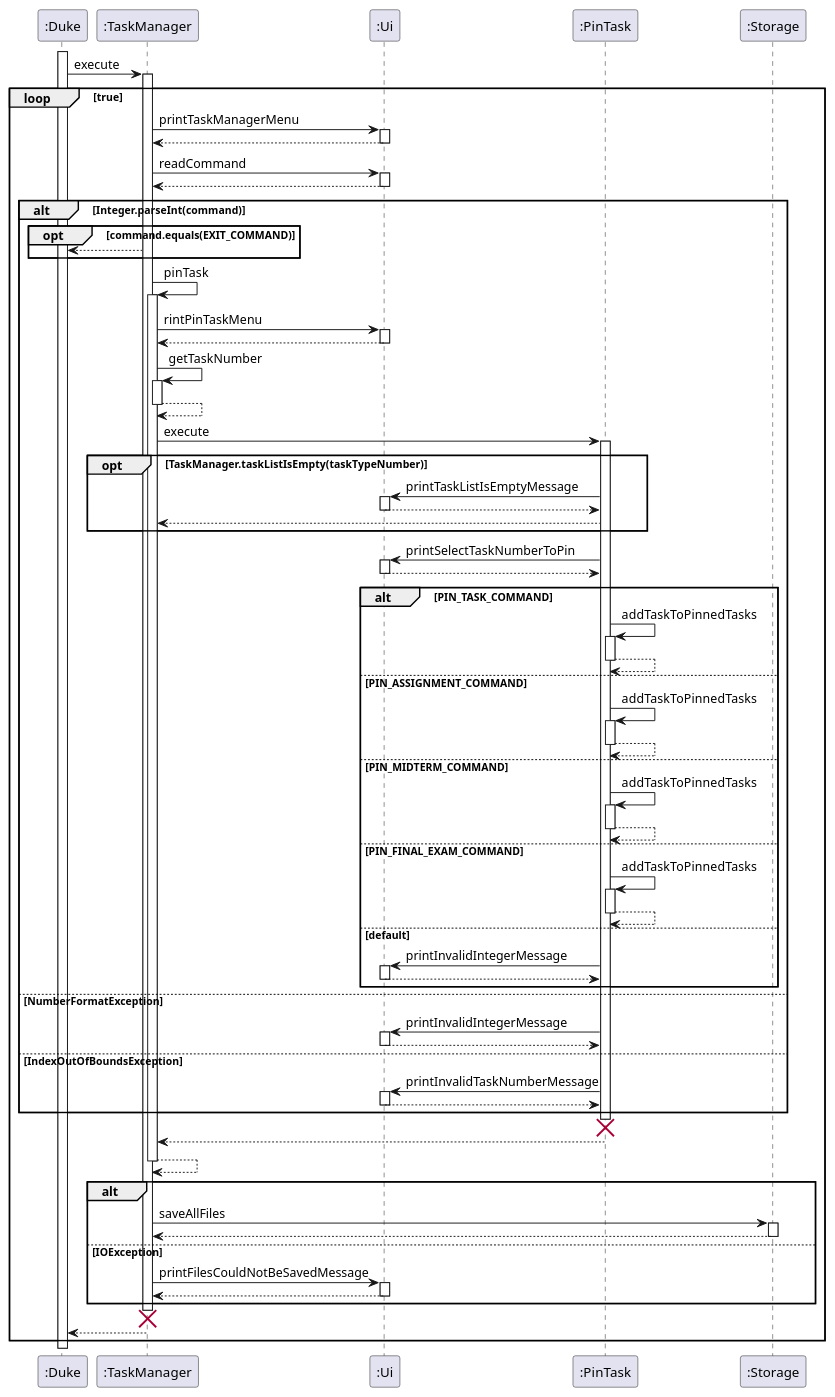
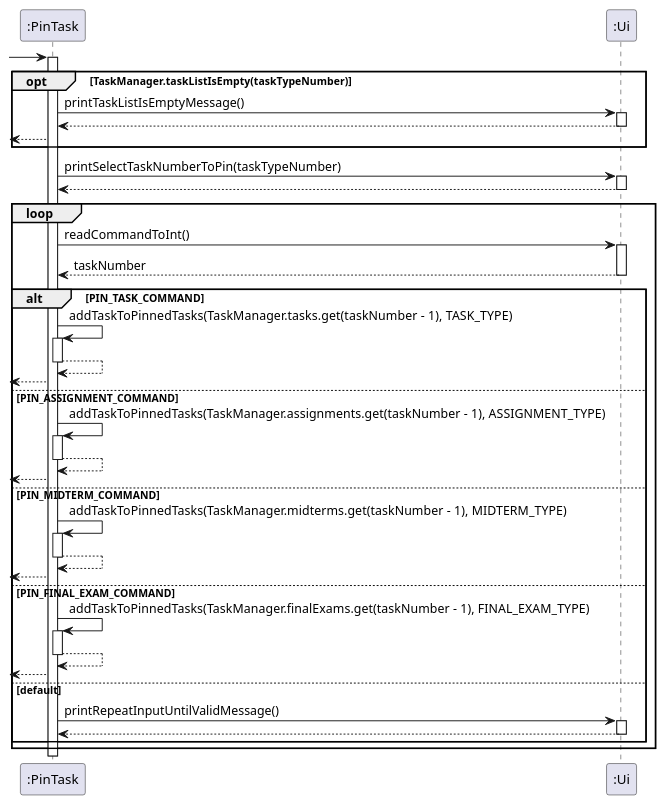
One commit to nus-cs2113-AY2021S2/tp changed the diagram in docs/diagrams/tasks/pinTask.puml. Above: the diagram before and after it, drawn with PlantUML. The commit also changed 37 other files, not shown here.

```diff
--- a/docs/diagrams/tasks/pinTask.puml
+++ b/docs/diagrams/tasks/pinTask.puml
@@ -1,74 +1,42 @@
 @startuml
 
-activate ":Duke"
-":Duke" -> ":TaskManager"++ : execute
+-> ":PinTask"
+activate ":PinTask"
 
-loop true
+opt TaskManager.taskListIsEmpty(taskTypeNumber)
+":PinTask" -> ":Ui"++ : printTaskListIsEmptyMessage()
+return
+<---- ":PinTask"
+end
 
-":TaskManager" -> ":Ui"++ : printTaskManagerMenu
-return
-":TaskManager" -> ":Ui"++ : readCommand
+":PinTask" -> ":Ui"++ : printSelectTaskNumberToPin(taskTypeNumber)
 return
 
-alt Integer.parseInt(command)
-    opt command.equals(EXIT_COMMAND)
-    ":TaskManager" --> ":Duke"
-    end
+loop
+":PinTask" -> ":Ui"++ : readCommandToInt()
+return taskNumber
 
-":TaskManager" -> ":TaskManager"++ : pinTask
-":TaskManager" -> ":Ui"++ : rintPinTaskMenu
+alt PIN_TASK_COMMAND
+":PinTask" -> ":PinTask"++ : addTaskToPinnedTasks(TaskManager.tasks.get(taskNumber - 1), TASK_TYPE)
 return
-":TaskManager" -> ":TaskManager"++ : getTaskNumber
+<---- ":PinTask"
+else PIN_ASSIGNMENT_COMMAND
+":PinTask" -> ":PinTask"++ : addTaskToPinnedTasks(TaskManager.assignments.get(taskNumber - 1), ASSIGNMENT_TYPE)
 return
-":TaskManager" -> ":PinTask"++ : execute
-    opt TaskManager.taskListIsEmpty(taskTypeNumber)
-    ":PinTask" -> ":Ui"++ : printTaskListIsEmptyMessage
-    return
-    ":PinTask" --> ":TaskManager"
-    end
-    ":PinTask" -> ":Ui"++ : printSelectTaskNumberToPin
-    return
-    alt PIN_TASK_COMMAND
-    ":PinTask" -> ":PinTask"++ : addTaskToPinnedTasks
-    return
-    else PIN_ASSIGNMENT_COMMAND
-    ":PinTask" -> ":PinTask"++ : addTaskToPinnedTasks
-    return
-    else PIN_MIDTERM_COMMAND
-    ":PinTask" -> ":PinTask"++ : addTaskToPinnedTasks
-    return
-    else PIN_FINAL_EXAM_COMMAND
-    ":PinTask" -> ":PinTask"++ : addTaskToPinnedTasks
-    return
-    else default
-    ":PinTask" -> ":Ui"++ : printInvalidIntegerMessage
-    return
-    end
-
-else NumberFormatException
-":PinTask" -> ":Ui"++ : printInvalidIntegerMessage
+<---- ":PinTask"
+else PIN_MIDTERM_COMMAND
+":PinTask" -> ":PinTask"++ : addTaskToPinnedTasks(TaskManager.midterms.get(taskNumber - 1), MIDTERM_TYPE)
 return
-
-else IndexOutOfBoundsException
-":PinTask" -> ":Ui"++ : printInvalidTaskNumberMessage
+<---- ":PinTask"
+else PIN_FINAL_EXAM_COMMAND
+":PinTask" -> ":PinTask"++ : addTaskToPinnedTasks(TaskManager.finalExams.get(taskNumber - 1), FINAL_EXAM_TYPE)
+return
+<---- ":PinTask"
+else default
+":PinTask" -> ":Ui"++ : printRepeatInputUntilValidMessage()
 return
 end
-destroy ":PinTask"
-
-return
-return
-
-alt
-":TaskManager" -> ":Storage"++ : saveAllFiles
-return
-else IOException
-":TaskManager" -> ":Ui"++ : printFilesCouldNotBeSavedMessage
-return
-end
-destroy ":TaskManager"
-
-return
 
 end
 
 @enduml
```
